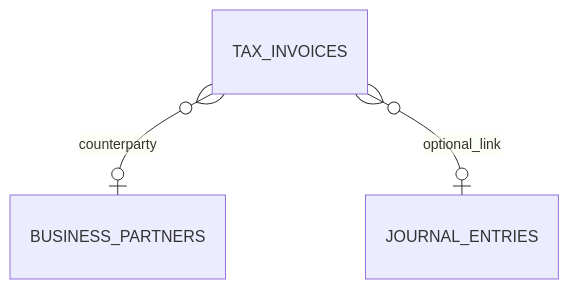
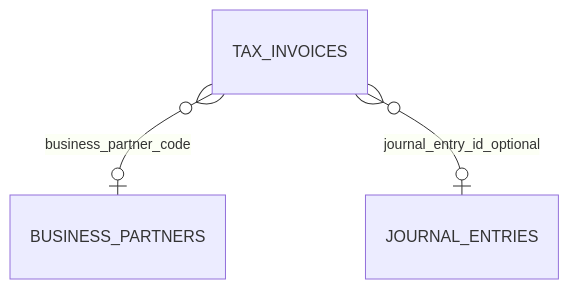
The first of 2 diagrams in tax/docs/schema.md (skyg547/account), drawn with Mermaid before and after one commit. The commit also changed other lines of this file and 97 other files, not shown here.

````diff
--- a/tax/docs/schema.md
+++ b/tax/docs/schema.md
@@ -5,5 +5,5 @@
 ```mermaid
 erDiagram
-    TAX_INVOICES }o--o| BUSINESS_PARTNERS : counterparty
-    TAX_INVOICES }o--o| JOURNAL_ENTRIES : optional_link
+    TAX_INVOICES }o--o| BUSINESS_PARTNERS : business_partner_code
+    TAX_INVOICES }o--o| JOURNAL_ENTRIES : journal_entry_id_optional
 ```
````
